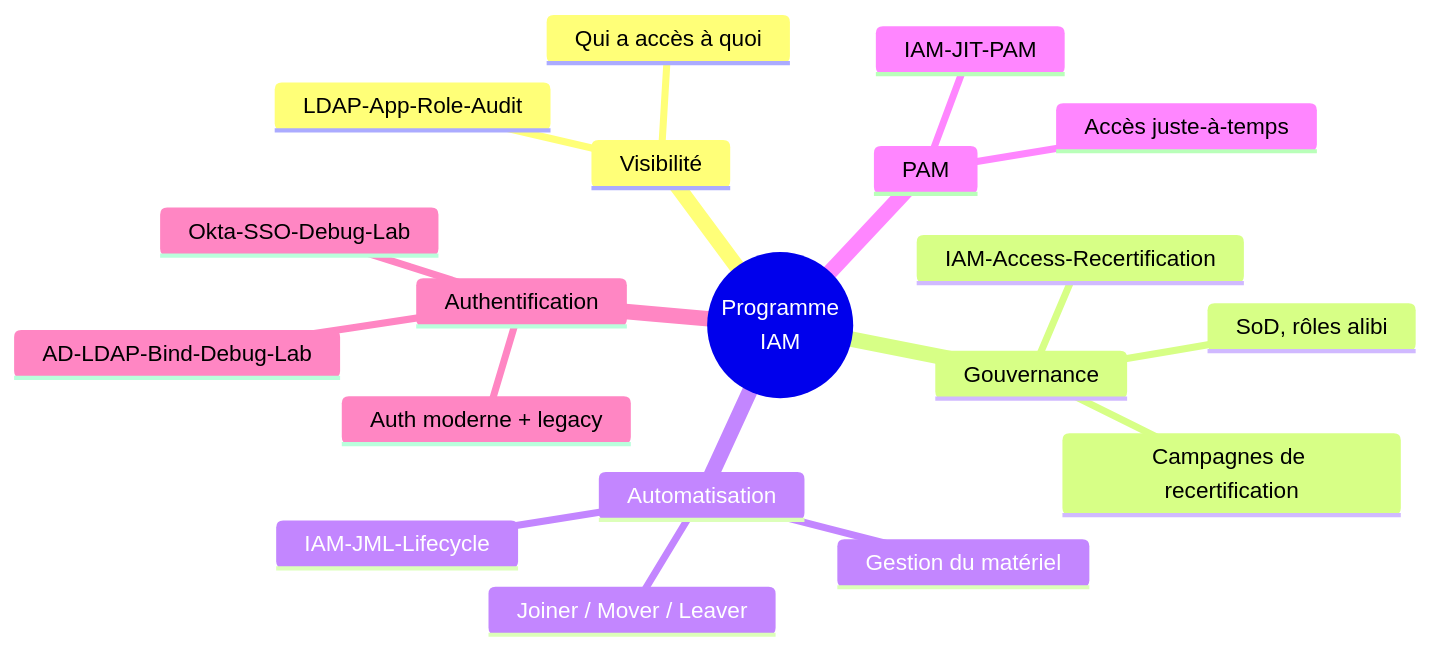
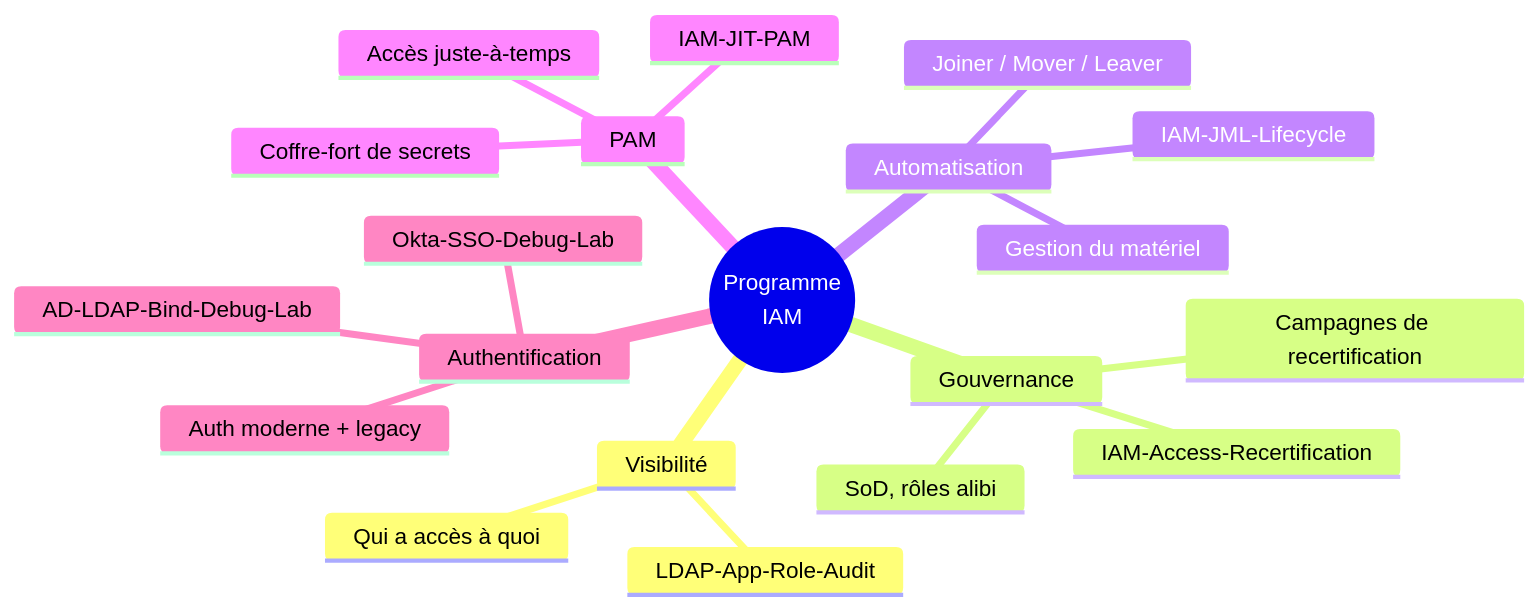
Before and after one commit to Anne-LaureS/IAM-Governance-Roadmap: the first of 2 diagrams in README.md, drawn with Mermaid. The commit also changed other lines of this file, not shown here.

Commit message:
Étend la phase PAM au coffre-fort de secrets (mindmap, table, KPI)

````diff
--- a/README.md
+++ b/README.md
@@ -27,22 +27,23 @@
 ```mermaid
 mindmap
   root((Programme<br/>IAM))
     Visibilité
       LDAP-App-Role-Audit
       Qui a accès à quoi
     Gouvernance
       IAM-Access-Recertification
       SoD, rôles alibi
       Campagnes de recertification
     Automatisation
       IAM-JML-Lifecycle
       Joiner / Mover / Leaver
       Gestion du matériel
     PAM
       IAM-JIT-PAM
       Accès juste-à-temps
+      Coffre-fort de secrets
     Authentification
       Okta-SSO-Debug-Lab
       AD-LDAP-Bind-Debug-Lab
       Auth moderne + legacy
 ```
````
